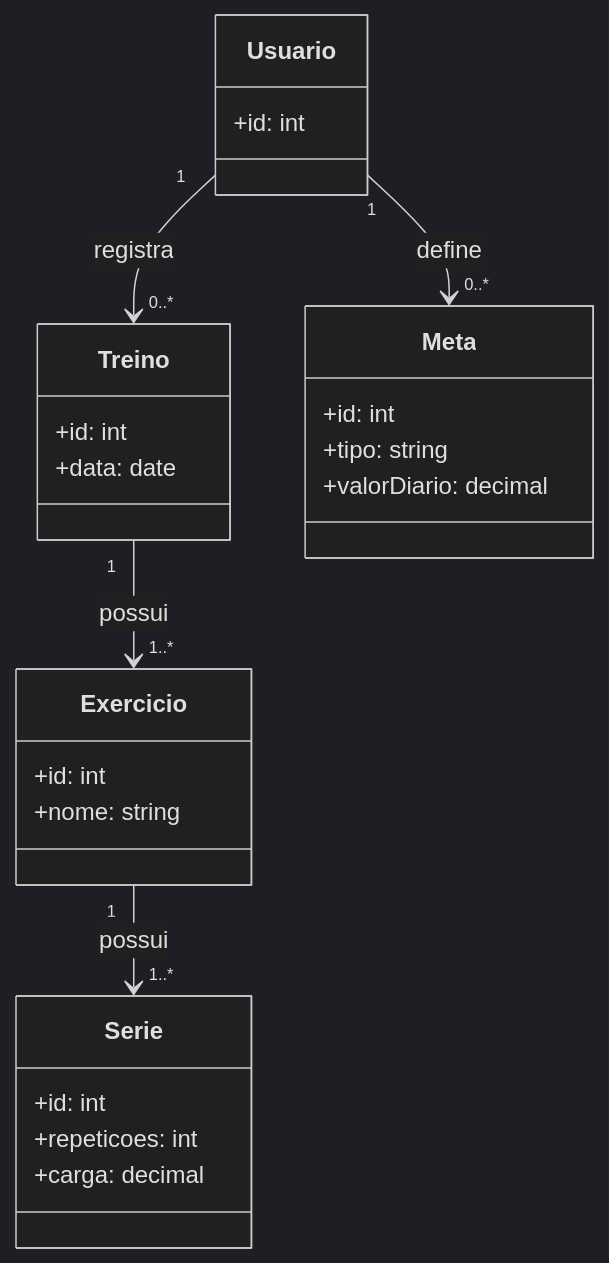
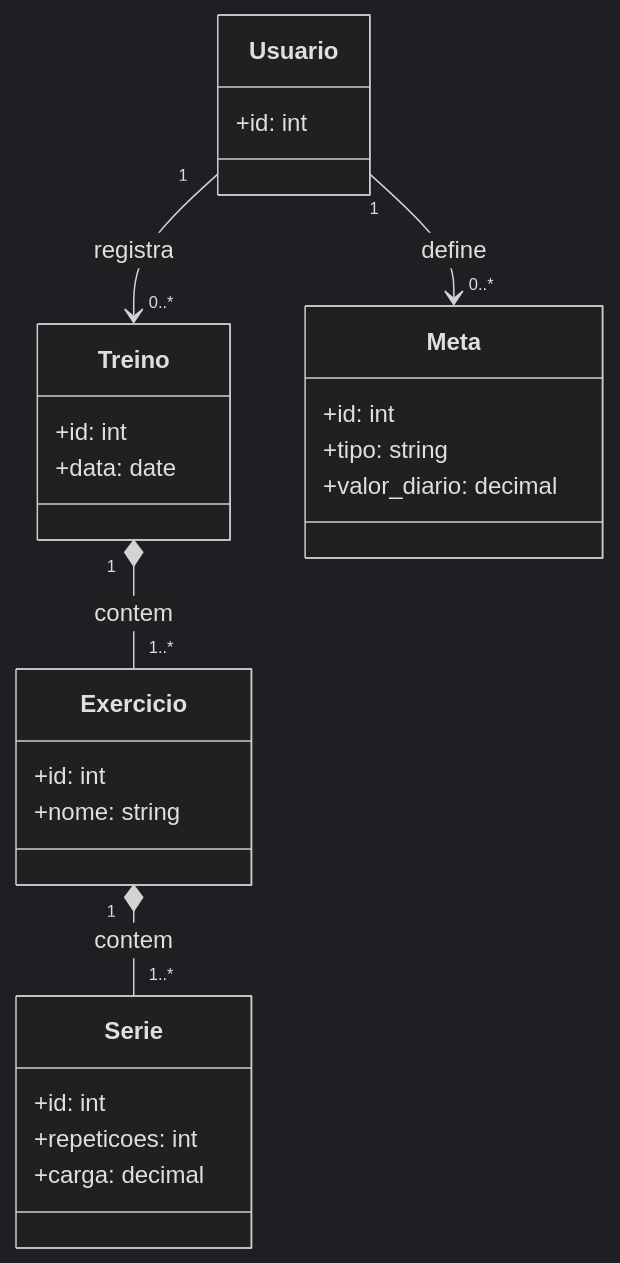
The diagram in diagrams/dominio.mmd (luishenriqueanjos/plataforma_saude), drawn with Mermaid (dark theme) before and after one commit. The commit also changed 1 other file, not shown here.

Commit message:
atualiza diagramas de dados e dominio

```diff
--- a/diagrams/dominio.mmd
+++ b/diagrams/dominio.mmd
@@ -1,32 +1,31 @@
 classDiagram
-
     class Usuario {
         +id: int
     }
 
     class Treino {
         +id: int
         +data: date
     }
 
     class Exercicio {
         +id: int
         +nome: string
     }
 
     class Serie {
         +id: int
         +repeticoes: int
         +carga: decimal
     }
 
     class Meta {
         +id: int
         +tipo: string
-        +valorDiario: decimal
+        +valor_diario: decimal
     }
 
     Usuario "1" --> "0..*" Treino : registra
-    Treino "1" --> "1..*" Exercicio : possui
-    Exercicio "1" --> "1..*" Serie : possui
+    Treino "1" *-- "1..*" Exercicio : contem
+    Exercicio "1" *-- "1..*" Serie : contem
     Usuario "1" --> "0..*" Meta : define
```
